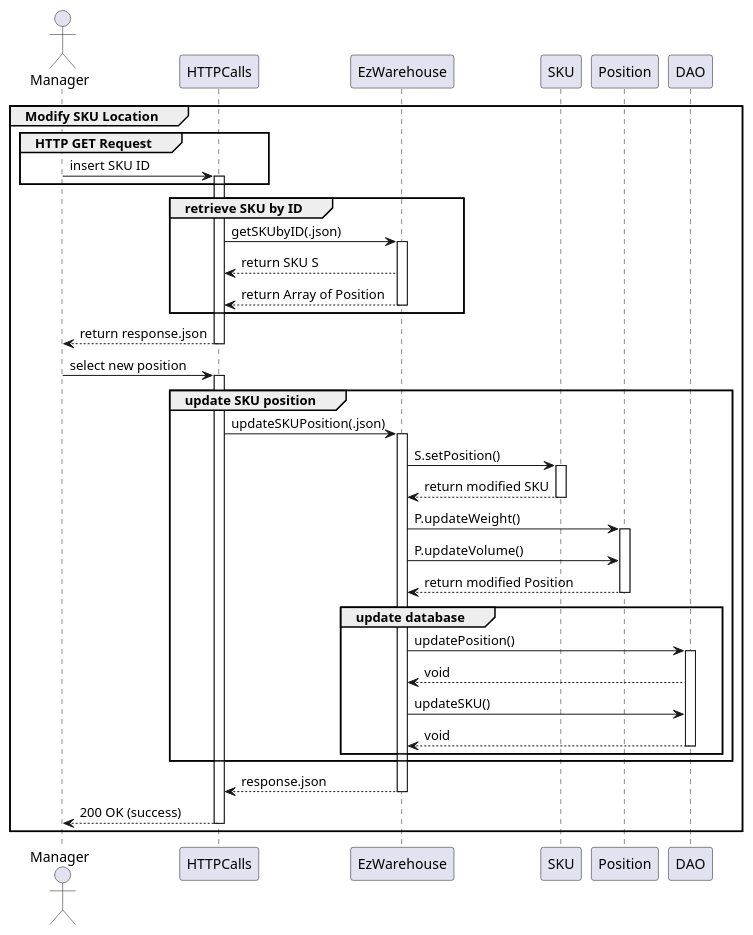
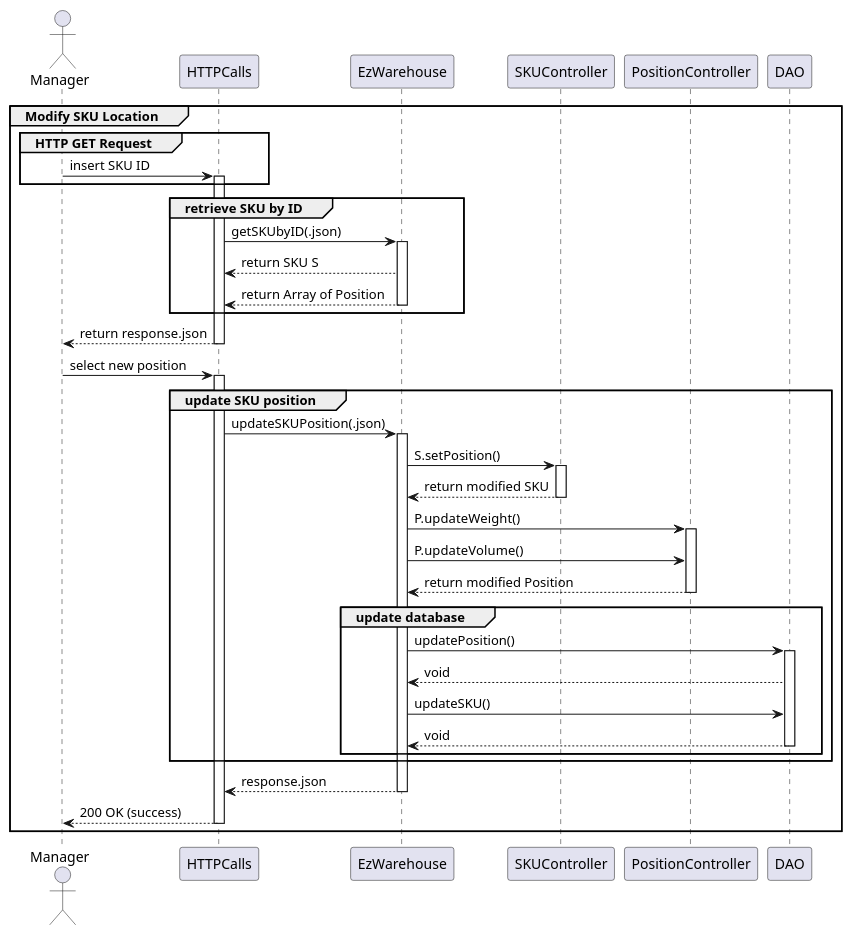
Before and after one commit to DavideArcolini/SoftEng_garbageCollector: the fifth of 19 diagrams in DesignDocument.md, drawn with PlantUML. The commit also changed other lines of this file and 5 other files, not shown here.

````diff
--- a/DesignDocument.md
+++ b/DesignDocument.md
@@ -353,51 +355,53 @@
 ```plantuml
 actor Manager as Manager
 participant HTTPCalls as HTTPCalls
 participant EzWarehouse as EzWarehouse
+participant SKUController as SKU
+participant PositionController as Position
 
 group Modify SKU Location
 group HTTP GET Request
 Manager -> HTTPCalls: insert SKU ID
 activate HTTPCalls
 end
 
 group retrieve SKU by ID
 HTTPCalls -> EzWarehouse: getSKUbyID(.json)
 activate EzWarehouse
 EzWarehouse --> HTTPCalls: return SKU S
 EzWarehouse --> HTTPCalls: return Array of Position
 deactivate EzWarehouse
 end
 HTTPCalls --> Manager: return response.json
 deactivate HTTPCalls
 
 Manager -> HTTPCalls: select new position
 activate HTTPCalls
 group update SKU position
 HTTPCalls -> EzWarehouse: updateSKUPosition(.json)
 activate EzWarehouse
 EzWarehouse -> SKU: S.setPosition()
 activate SKU
 SKU --> EzWarehouse: return modified SKU
 deactivate SKU
 EzWarehouse -> Position: P.updateWeight()
 activate Position
 EzWarehouse -> Position: P.updateVolume()
 Position --> EzWarehouse: return modified Position
 deactivate Position
 
 group update database
 EzWarehouse -> DAO: updatePosition()
 activate DAO
 DAO --> EzWarehouse: void
 EzWarehouse -> DAO: updateSKU()
 DAO --> EzWarehouse: void
 deactivate DAO
 end
 end
 EzWarehouse --> HTTPCalls: response.json
 deactivate EzWarehouse
 HTTPCalls --> Manager: 200 OK (success)
 deactivate HTTPCalls
 end
 ```
````
